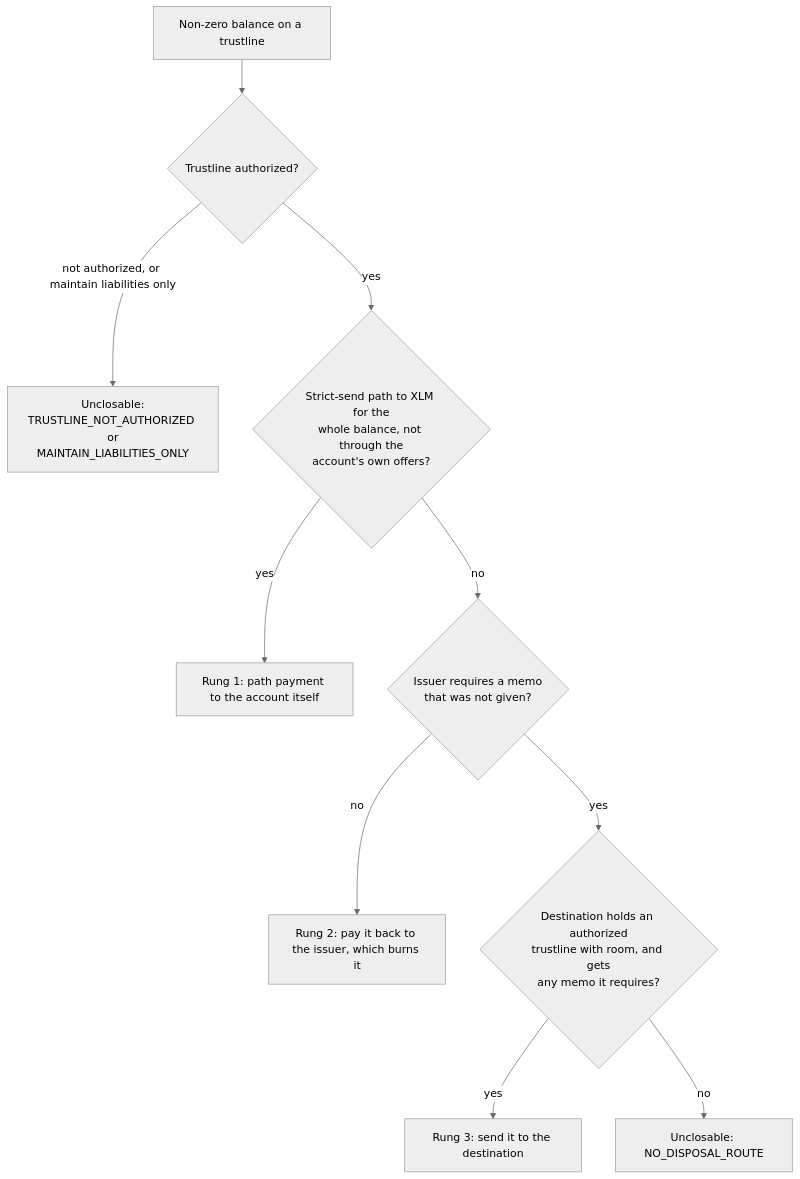
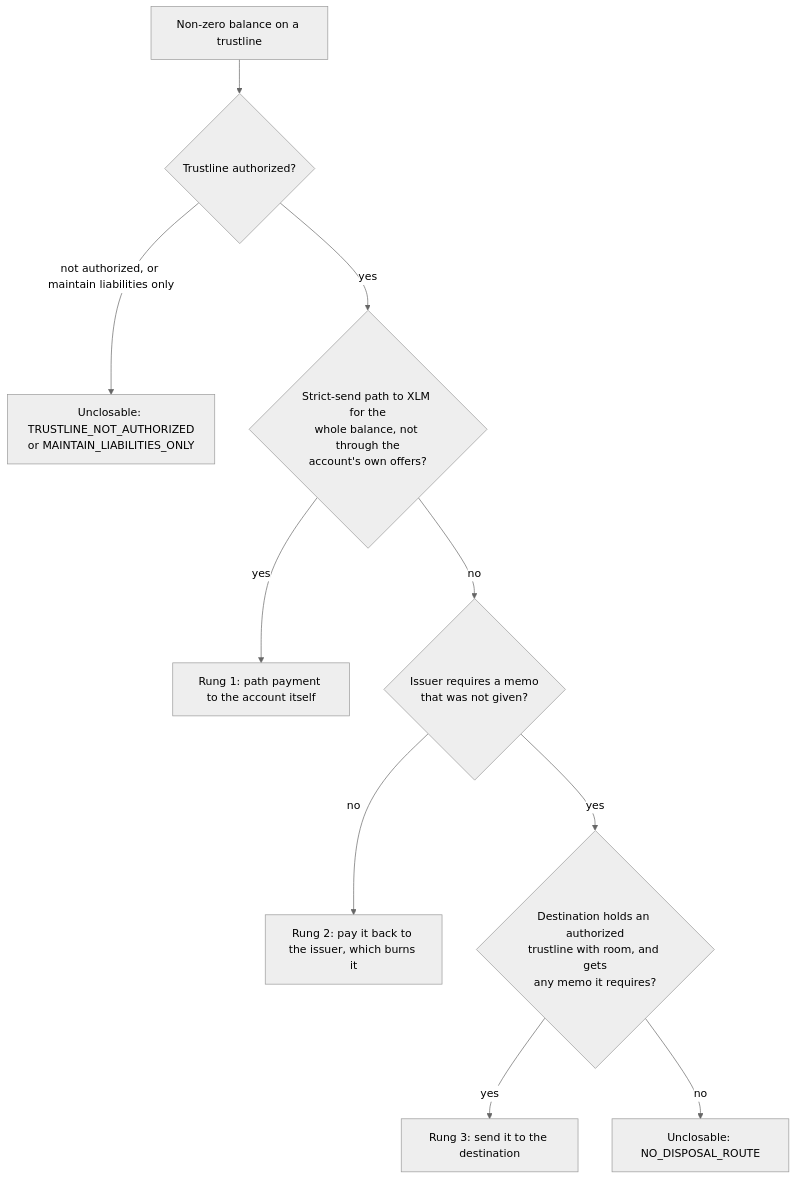
Before and after one commit to 0xsimoneth/dustin: the second of 2 diagrams in docs/write-up.md, drawn with Mermaid (neutral theme). The commit also changed other lines of this file and 1 other file, not shown here.

Commit message:
Docs: write-up and integration notes, Mermaid labels quoted and two wording fixes

````diff
--- a/docs/write-up.md
+++ b/docs/write-up.md
@@ -100,12 +100,12 @@
 ```mermaid
 flowchart TD
-  B[Non-zero balance on a trustline] --> A{Trustline authorized?}
-  A -- "not authorized, or maintain liabilities only" --> U1[Unclosable:<br/>TRUSTLINE_NOT_AUTHORIZED or<br/>MAINTAIN_LIABILITIES_ONLY]
-  A -- yes --> P{Strict-send path to XLM for the<br/>whole balance, not through the<br/>account's own offers?}
-  P -- yes --> R1[Rung 1: path payment to the account itself]
-  P -- no --> I{Issuer requires a memo<br/>that was not given?}
-  I -- no --> R2[Rung 2: pay it back to the issuer, which burns it]
-  I -- yes --> D{Destination holds an authorized<br/>trustline with room, and gets<br/>any memo it requires?}
-  D -- yes --> R3[Rung 3: send it to the destination]
-  D -- no --> U2[Unclosable: NO_DISPOSAL_ROUTE]
+  B["Non-zero balance on a trustline"] --> A{"Trustline authorized?"}
+  A -->|"not authorized, or maintain liabilities only"| U1["Unclosable: TRUSTLINE_NOT_AUTHORIZED<br/>or MAINTAIN_LIABILITIES_ONLY"]
+  A -->|yes| P{"Strict-send path to XLM for the<br/>whole balance, not through the<br/>account's own offers?"}
+  P -->|yes| R1["Rung 1: path payment to the account itself"]
+  P -->|no| I{"Issuer requires a memo<br/>that was not given?"}
+  I -->|no| R2["Rung 2: pay it back to the issuer, which burns it"]
+  I -->|yes| D{"Destination holds an authorized<br/>trustline with room, and gets<br/>any memo it requires?"}
+  D -->|yes| R3["Rung 3: send it to the destination"]
+  D -->|no| U2["Unclosable: NO_DISPOSAL_ROUTE"]
 ```
````
